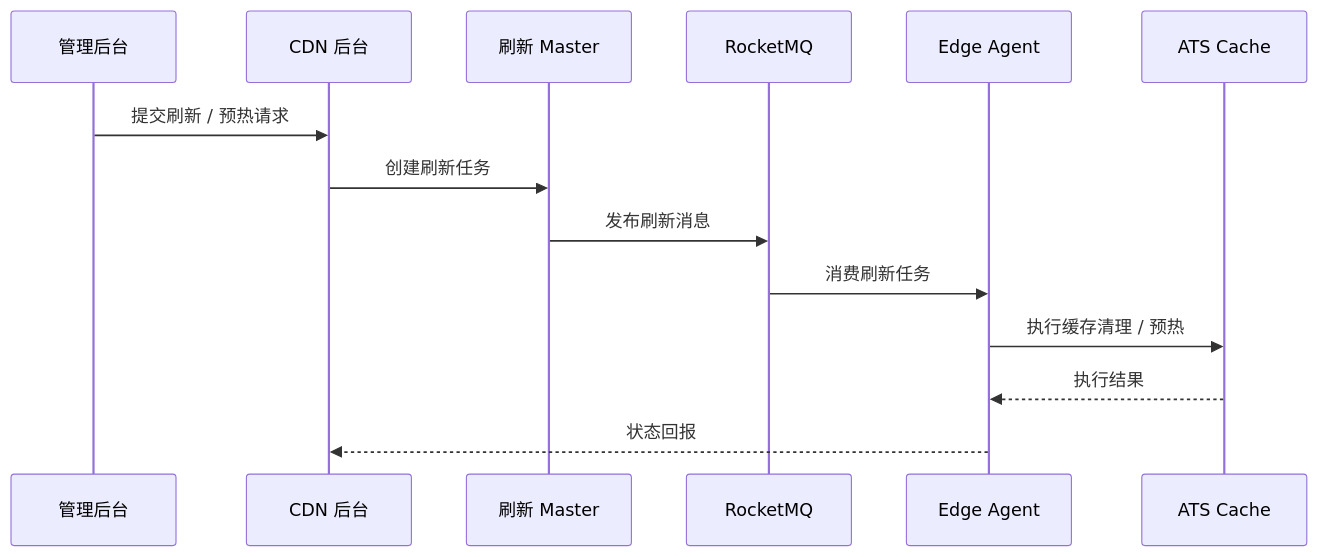
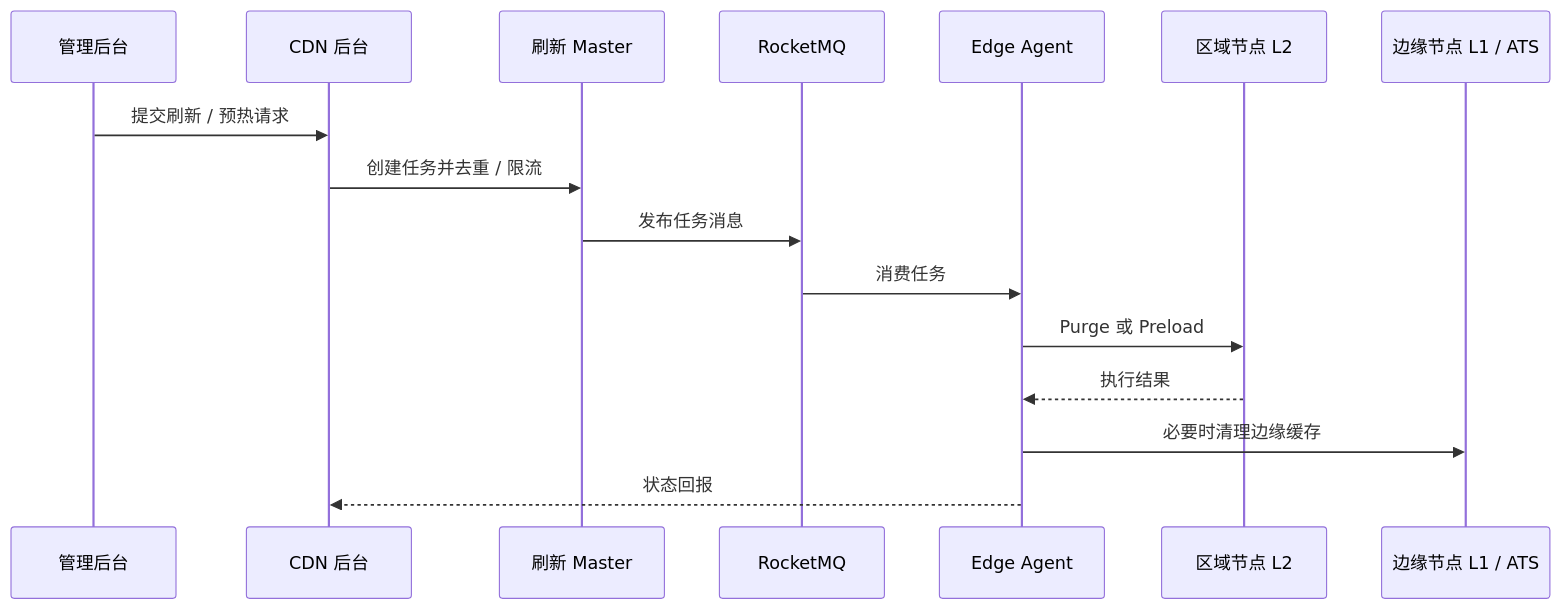
The fourth of 5 diagrams in program/cdn系统总结.md (HK-CH2018/interview), drawn with Mermaid before and after one commit. The commit also changed other lines of this file and 1 other file, not shown here.

````diff
--- a/program/cdn系统总结.md
+++ b/program/cdn系统总结.md
@@ -269,17 +216,19 @@
 ```mermaid
 sequenceDiagram
     participant UI as 管理后台
     participant Backend as CDN 后台
     participant Master as 刷新 Master
     participant MQ as RocketMQ
     participant Agent as Edge Agent
-    participant ATS as ATS Cache
+    participant L2 as 区域节点 L2
+    participant L1 as 边缘节点 L1 / ATS
 
     UI->>Backend: 提交刷新 / 预热请求
-    Backend->>Master: 创建刷新任务
-    Master->>MQ: 发布刷新消息
-    MQ->>Agent: 消费刷新任务
-    Agent->>ATS: 执行缓存清理 / 预热
-    ATS-->>Agent: 执行结果
+    Backend->>Master: 创建任务并去重 / 限流
+    Master->>MQ: 发布任务消息
+    MQ->>Agent: 消费任务
+    Agent->>L2: Purge 或 Preload
+    L2-->>Agent: 执行结果
+    Agent->>L1: 必要时清理边缘缓存
     Agent-->>Backend: 状态回报
 ```
````
